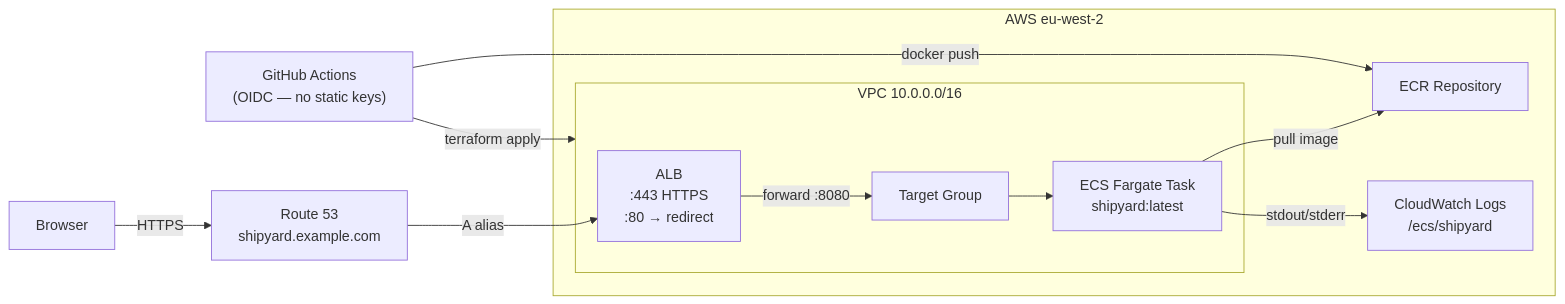
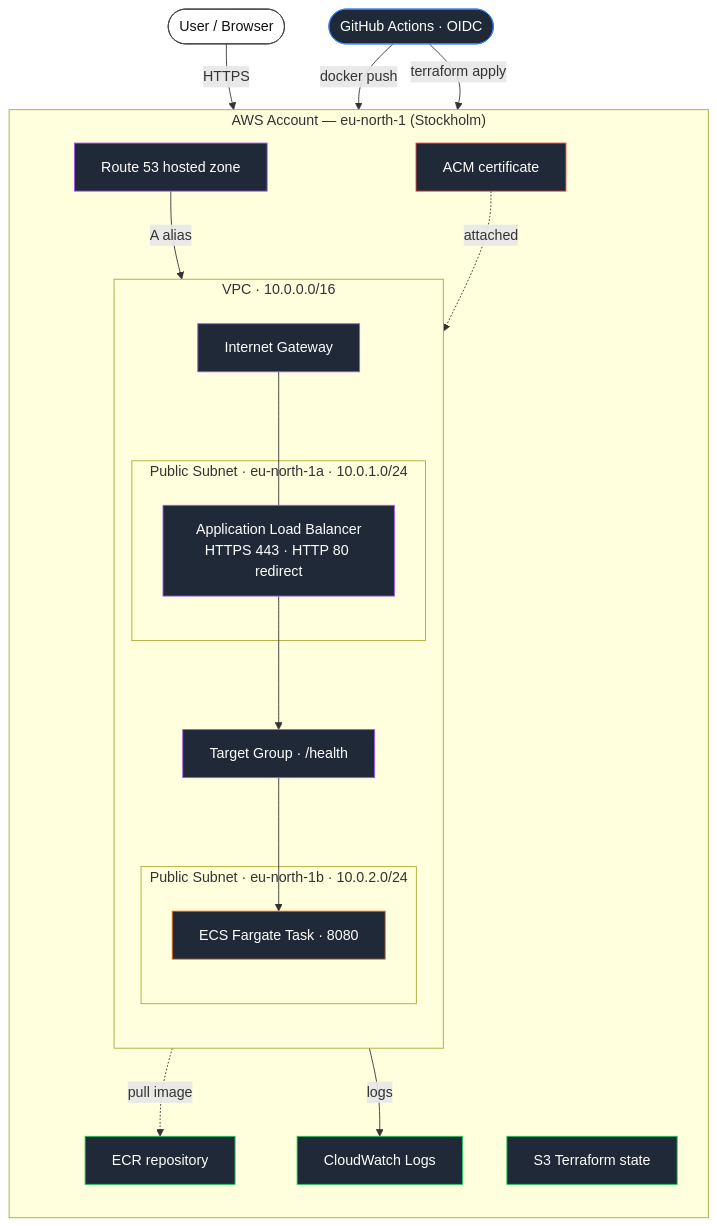
One commit to SaramKhan157/Shipyard_ECS_Project changed the diagram in README.md. Above: the diagram before and after it, drawn with Mermaid. The commit also changed other lines of this file and 40 other files, not shown here.

First line of the commit message:
feat: Shipyard — Go service on AWS ECS Fargate with runtime dashboard, Terraform infra, and OIDC CI/CD

````diff
--- a/README.md
+++ b/README.md
@@ -9,23 +13,49 @@
 ```mermaid
-graph LR
-    Browser -->|HTTPS| R53["Route 53\nshipyard.example.com"]
-    R53 -->|A alias| ALB["ALB\n:443 HTTPS\n:80 → redirect"]
-    ALB -->|forward :8080| TG["Target Group"]
-    TG --> Task["ECS Fargate Task\nshipyard:latest"]
+graph TB
+    classDef user fill:#ffffff,stroke:#444,color:#111
+    classDef net fill:#1f2937,stroke:#a855f7,color:#fff
+    classDef sec fill:#1f2937,stroke:#ef4444,color:#fff
+    classDef compute fill:#1f2937,stroke:#f97316,color:#fff
+    classDef store fill:#1f2937,stroke:#22c55e,color:#fff
+    classDef ci fill:#1f2937,stroke:#3b82f6,color:#fff
 
-    subgraph "AWS eu-west-2"
-        subgraph VPC["VPC  10.0.0.0/16"]
-            ALB
-            TG
-            Task
+    Browser([User / Browser]):::user
+
+    subgraph AWS["AWS Account — eu-north-1 (Stockholm)"]
+        direction TB
+        R53[Route 53 hosted zone]:::net
+        ACM[ACM certificate]:::sec
+        ECR[ECR repository]:::store
+        CW[CloudWatch Logs]:::store
+        S3[S3 Terraform state]:::store
+
+        subgraph VPC["VPC · 10.0.0.0/16"]
+            direction TB
+            IGW[Internet Gateway]:::net
+            TG[Target Group · /health]:::net
+
+            subgraph SubA["Public Subnet · eu-north-1a · 10.0.1.0/24"]
+                ALB[Application Load Balancer<br/>HTTPS 443 · HTTP 80 redirect]:::net
+            end
+
+            subgraph SubB["Public Subnet · eu-north-1b · 10.0.2.0/24"]
+                Task[ECS Fargate Task · 8080]:::compute
+            end
+
+            IGW --- ALB
+            ALB --> TG
+            TG --> Task
         end
-        ECR["ECR Repository"]
-        CW["CloudWatch Logs\n/ecs/shipyard"]
+
+        R53 -->|A alias| ALB
+        ACM -.attached.-> ALB
+        Task -.pull image.-> ECR
+        Task -->|logs| CW
     end
 
-    Task -->|pull image| ECR
-    Task -->|stdout/stderr| CW
+    GHA([GitHub Actions · OIDC]):::ci
 
-    GHA["GitHub Actions\n(OIDC — no static keys)"] -->|docker push| ECR
-    GHA -->|terraform apply| VPC
+    Browser -->|HTTPS| R53
+    GHA -->|docker push| ECR
+    GHA -->|terraform apply| S3
 ```
````
